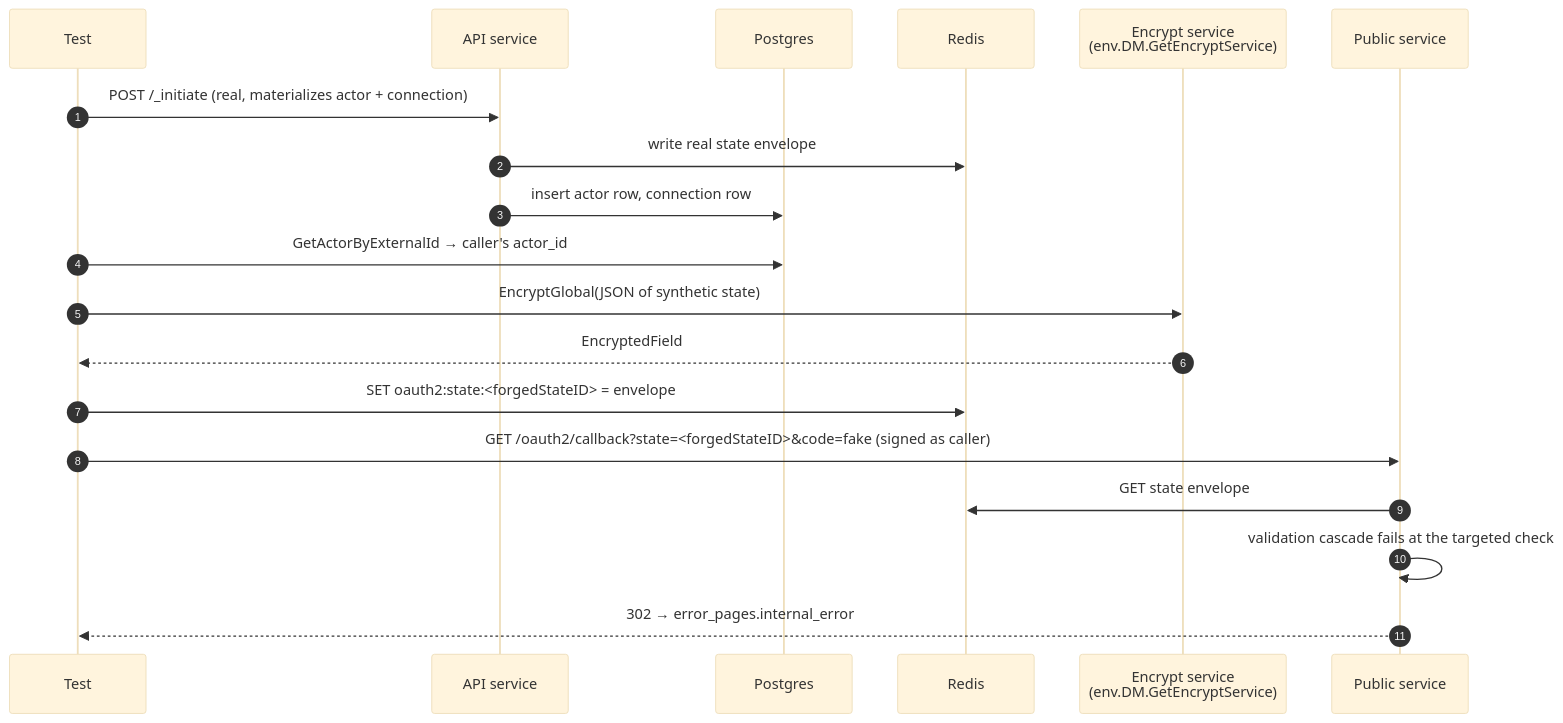
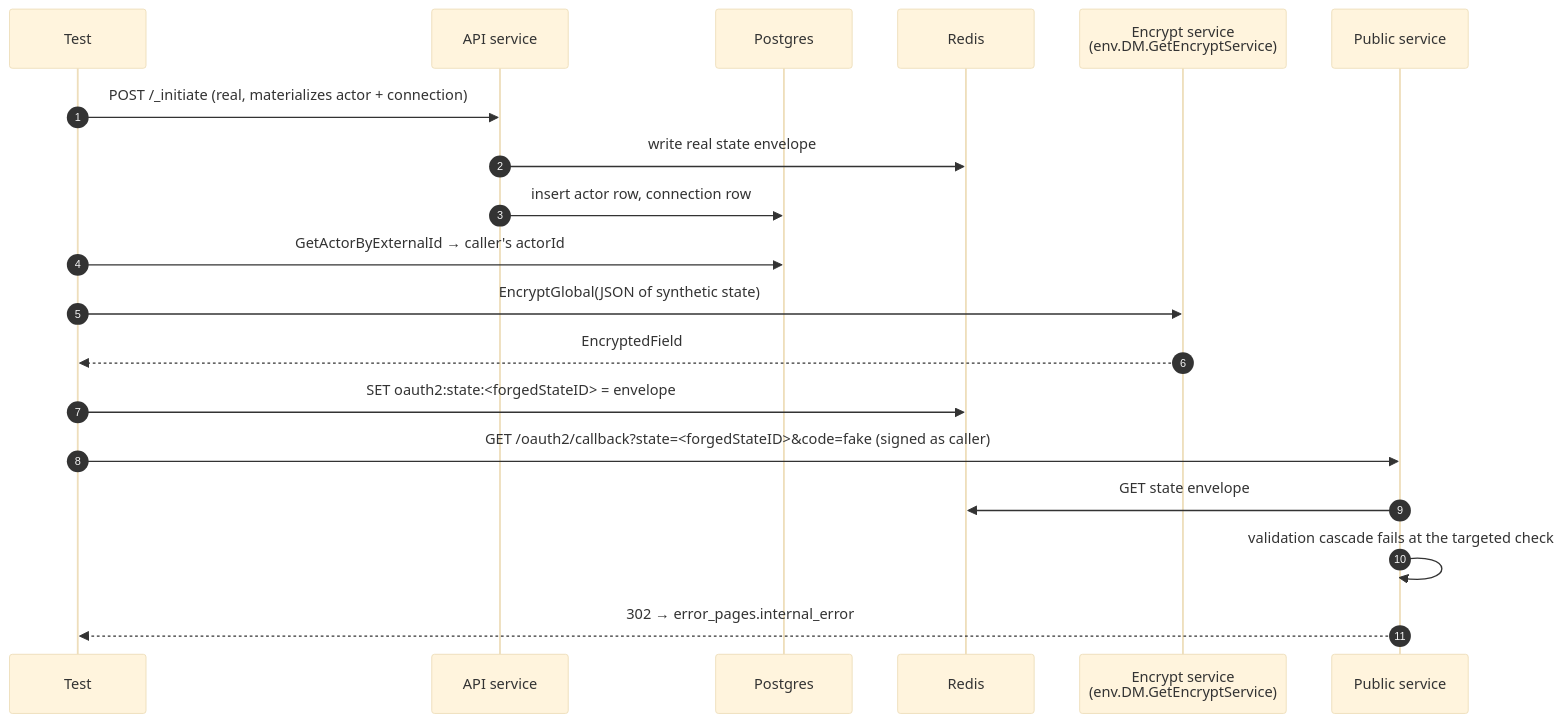
One commit to rmorlok/authproxy changed the second of 2 diagrams in integration_tests/oauth2/callback_cross_namespace_test.md. Above: the diagram before and after it, drawn with Mermaid (base theme). The commit also changed other lines of this file and 228 other files, not shown here.

````diff
--- a/integration_tests/oauth2/callback_cross_namespace_test.md
+++ b/integration_tests/oauth2/callback_cross_namespace_test.md
@@ -186,24 +186,24 @@
 ```mermaid
 sequenceDiagram
     autonumber
     participant T as Test
     participant API as API service
     participant DB as Postgres
     participant R as Redis
     participant E as Encrypt service<br/>(env.DM.GetEncryptService)
     participant PUB as Public service
 
     T->>API: POST /_initiate (real, materializes actor + connection)
     API->>R: write real state envelope
     API->>DB: insert actor row, connection row
-    T->>DB: GetActorByExternalId → caller's actor_id
+    T->>DB: GetActorByExternalId → caller's actorId
 
     T->>E: EncryptGlobal(JSON of synthetic state)
     E-->>T: EncryptedField
     T->>R: SET oauth2:state:<forgedStateID> = envelope
 
     T->>PUB: GET /oauth2/callback?state=<forgedStateID>&code=fake (signed as caller)
     PUB->>R: GET state envelope
     PUB->>PUB: validation cascade fails at the targeted check
     PUB-->>T: 302 → error_pages.internal_error
 ```
````
